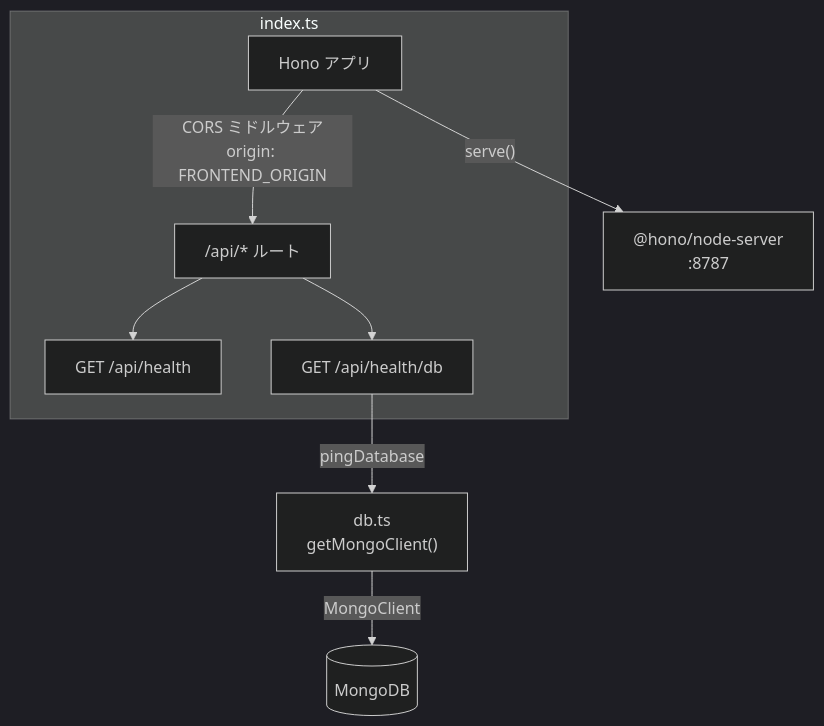
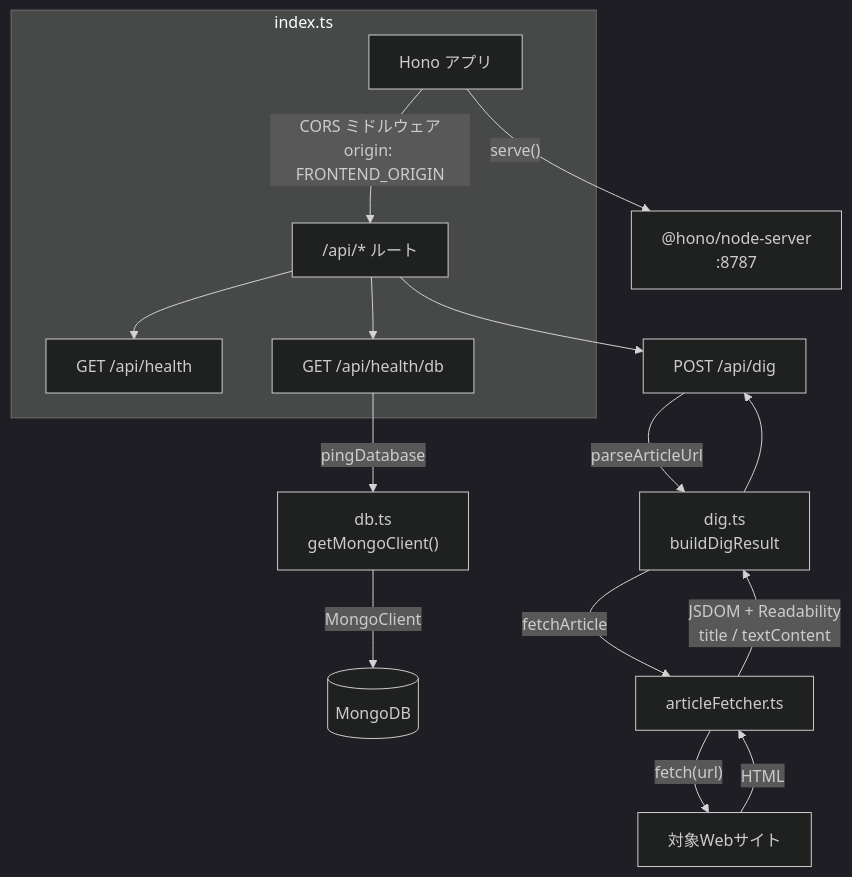
The diagram in backend/README.md (kokiwaku/digger), drawn with Mermaid (dark theme) before and after one commit. The commit also changed other lines of this file and 11 other files, not shown here.

First line of the commit message:
Add POST /api/dig with real article extraction

````diff
--- a/backend/README.md
+++ b/backend/README.md
@@ -19,13 +22,22 @@
 ```mermaid
 flowchart TD
     subgraph index.ts
         A["Hono アプリ"] -->|CORS ミドルウェア<br/>origin: FRONTEND_ORIGIN| B["/api/* ルート"]
         B --> C["GET /api/health"]
         B --> D["GET /api/health/db"]
     end
 
+    B --> H["POST /api/dig"]
+
     D -->|pingDatabase| E["db.ts<br/>getMongoClient()"]
     E -->|MongoClient| F[("MongoDB")]
 
+    H -->|parseArticleUrl| I["dig.ts<br/>buildDigResult"]
+    I -->|fetchArticle| J["articleFetcher.ts"]
+    J -->|"fetch(url)"| K["対象Webサイト"]
+    K -->|HTML| J
+    J -->|"JSDOM + Readability<br/>title / textContent"| I
+    I --> H
+
     A -->|"serve()"| G["@hono/node-server<br/>:8787"]
 ```
````
